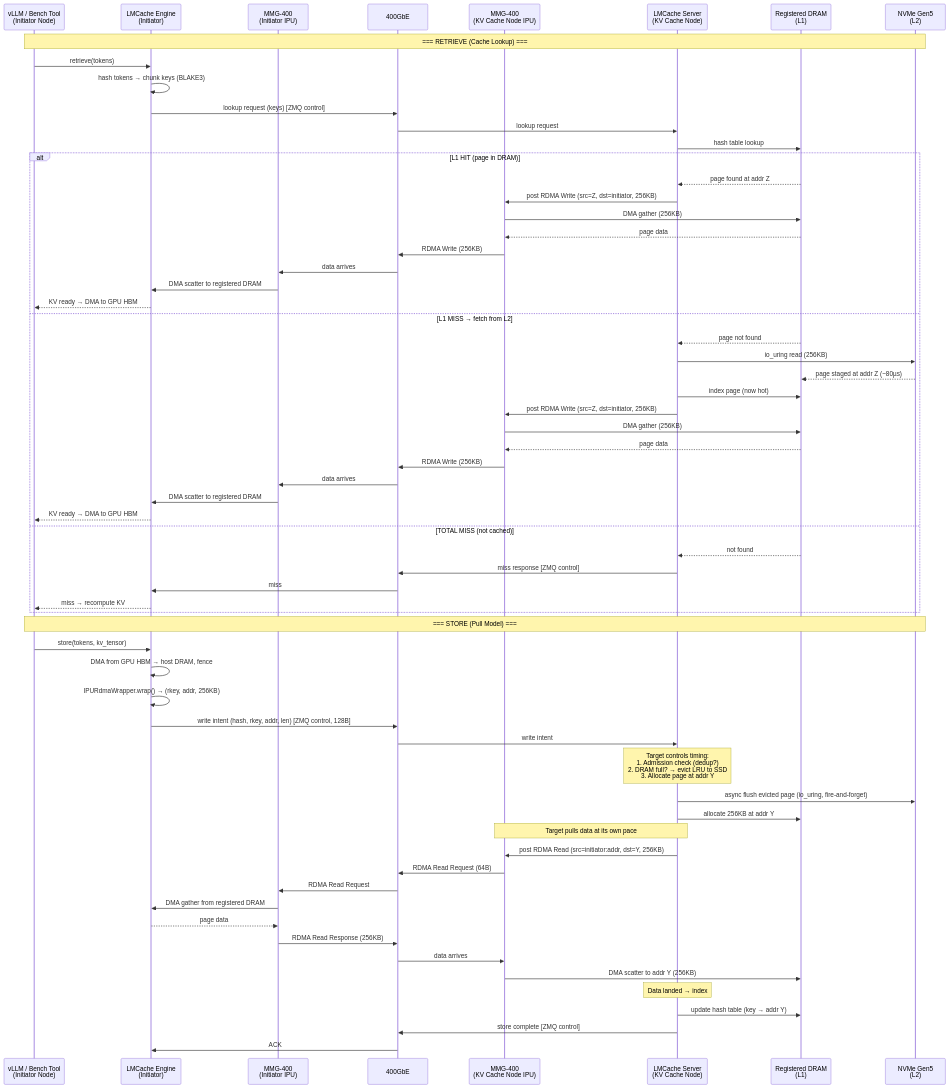
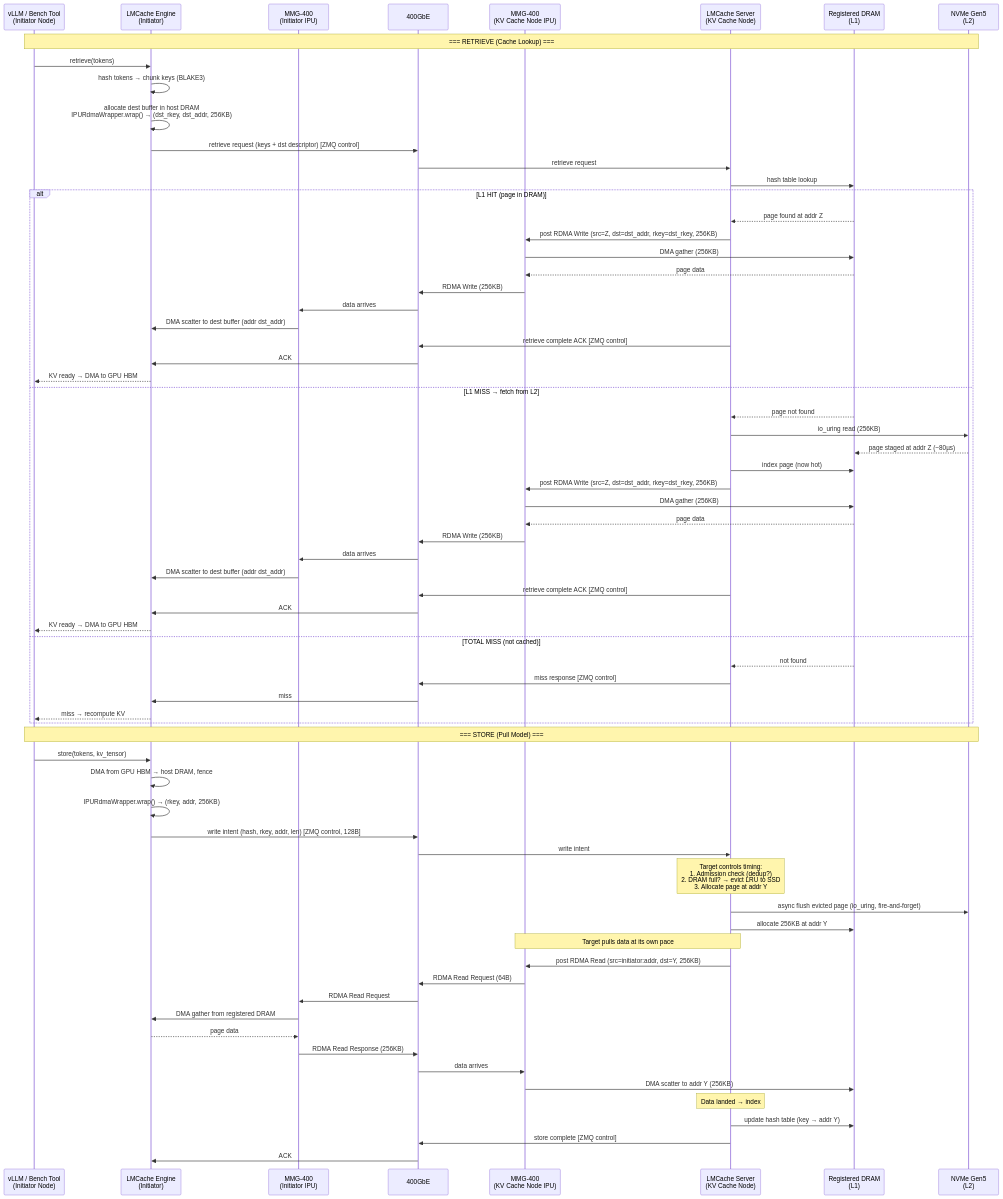
One commit to tsg-/LMCache changed the diagram in docs/design/v1/platform/lmcache-ipu-pull-model-flow.mmd. Above: the diagram before and after it, drawn with Mermaid. The commit also changed 25 other files, not shown here.

```diff
--- a/docs/design/v1/platform/lmcache-ipu-pull-model-flow.mmd
+++ b/docs/design/v1/platform/lmcache-ipu-pull-model-flow.mmd
@@ -1,78 +1,83 @@
 sequenceDiagram
     participant vLLM as vLLM / Bench Tool<br/>(Initiator Node)
     participant LMC_I as LMCache Engine<br/>(Initiator)
     participant IPU_I as MMG-400<br/>(Initiator IPU)
     participant WIRE as 400GbE
     participant IPU_T as MMG-400<br/>(KV Cache Node IPU)
     participant LMC_T as LMCache Server<br/>(KV Cache Node)
     participant DRAM as Registered DRAM<br/>(L1)
     participant SSD as NVMe Gen5<br/>(L2)
 
     Note over vLLM,SSD: === RETRIEVE (Cache Lookup) ===
 
     vLLM->>LMC_I: retrieve(tokens)
     LMC_I->>LMC_I: hash tokens → chunk keys (BLAKE3)
-    LMC_I->>WIRE: lookup request (keys) [ZMQ control]
-    WIRE->>LMC_T: lookup request
+    LMC_I->>LMC_I: allocate dest buffer in host DRAM<br/>IPURdmaWrapper.wrap() → (dst_rkey, dst_addr, 256KB)
+    LMC_I->>WIRE: retrieve request (keys + dst descriptor) [ZMQ control]
+    WIRE->>LMC_T: retrieve request
 
     LMC_T->>DRAM: hash table lookup
 
     alt L1 HIT (page in DRAM)
         DRAM-->>LMC_T: page found at addr Z
-        LMC_T->>IPU_T: post RDMA Write (src=Z, dst=initiator, 256KB)
+        LMC_T->>IPU_T: post RDMA Write (src=Z, dst=dst_addr, rkey=dst_rkey, 256KB)
         IPU_T->>DRAM: DMA gather (256KB)
         DRAM-->>IPU_T: page data
         IPU_T->>WIRE: RDMA Write (256KB)
         WIRE->>IPU_I: data arrives
-        IPU_I->>LMC_I: DMA scatter to registered DRAM
+        IPU_I->>LMC_I: DMA scatter to dest buffer (addr dst_addr)
+        LMC_T->>WIRE: retrieve complete ACK [ZMQ control]
+        WIRE->>LMC_I: ACK
         LMC_I-->>vLLM: KV ready → DMA to GPU HBM
 
     else L1 MISS → fetch from L2
         DRAM-->>LMC_T: page not found
         LMC_T->>SSD: io_uring read (256KB)
         SSD-->>DRAM: page staged at addr Z (~80µs)
         LMC_T->>DRAM: index page (now hot)
-        LMC_T->>IPU_T: post RDMA Write (src=Z, dst=initiator, 256KB)
+        LMC_T->>IPU_T: post RDMA Write (src=Z, dst=dst_addr, rkey=dst_rkey, 256KB)
         IPU_T->>DRAM: DMA gather (256KB)
         DRAM-->>IPU_T: page data
         IPU_T->>WIRE: RDMA Write (256KB)
         WIRE->>IPU_I: data arrives
-        IPU_I->>LMC_I: DMA scatter to registered DRAM
+        IPU_I->>LMC_I: DMA scatter to dest buffer (addr dst_addr)
+        LMC_T->>WIRE: retrieve complete ACK [ZMQ control]
+        WIRE->>LMC_I: ACK
         LMC_I-->>vLLM: KV ready → DMA to GPU HBM
 
     else TOTAL MISS (not cached)
         DRAM-->>LMC_T: not found
         LMC_T->>WIRE: miss response [ZMQ control]
         WIRE->>LMC_I: miss
         LMC_I-->>vLLM: miss → recompute KV
     end
 
     Note over vLLM,SSD: === STORE (Pull Model) ===
 
     vLLM->>LMC_I: store(tokens, kv_tensor)
     LMC_I->>LMC_I: DMA from GPU HBM → host DRAM, fence
     LMC_I->>LMC_I: IPURdmaWrapper.wrap() → (rkey, addr, 256KB)
     LMC_I->>WIRE: write intent (hash, rkey, addr, len) [ZMQ control, 128B]
     WIRE->>LMC_T: write intent
 
     Note over LMC_T: Target controls timing:<br/>1. Admission check (dedup?)<br/>2. DRAM full? → evict LRU to SSD<br/>3. Allocate page at addr Y
 
     LMC_T->>SSD: async flush evicted page (io_uring, fire-and-forget)
     LMC_T->>DRAM: allocate 256KB at addr Y
 
     Note over LMC_T,IPU_T: Target pulls data at its own pace
 
     LMC_T->>IPU_T: post RDMA Read (src=initiator:addr, dst=Y, 256KB)
     IPU_T->>WIRE: RDMA Read Request (64B)
     WIRE->>IPU_I: RDMA Read Request
     IPU_I->>LMC_I: DMA gather from registered DRAM
     LMC_I-->>IPU_I: page data
     IPU_I->>WIRE: RDMA Read Response (256KB)
     WIRE->>IPU_T: data arrives
     IPU_T->>DRAM: DMA scatter to addr Y (256KB)
 
     Note over LMC_T: Data landed → index
 
     LMC_T->>DRAM: update hash table (key → addr Y)
     LMC_T->>WIRE: store complete [ZMQ control]
     WIRE->>LMC_I: ACK
```
